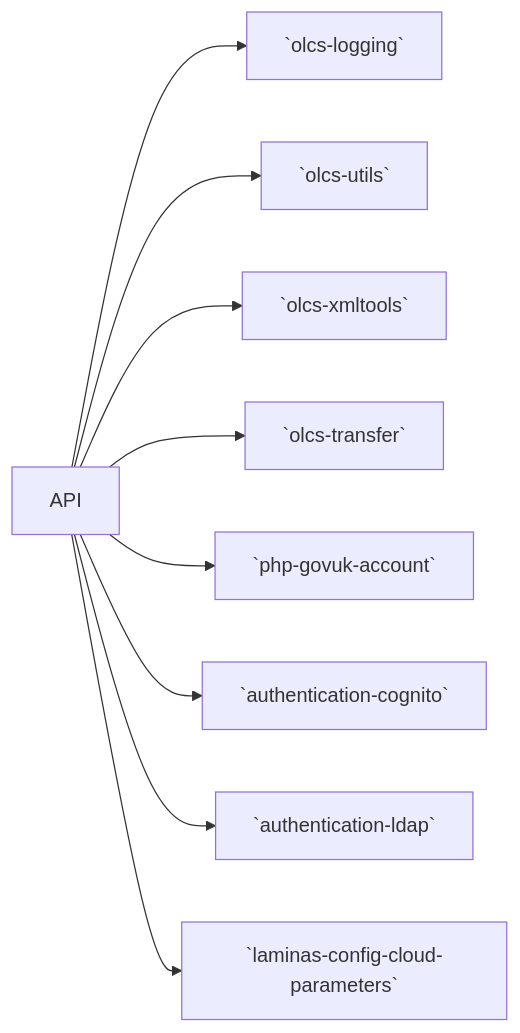
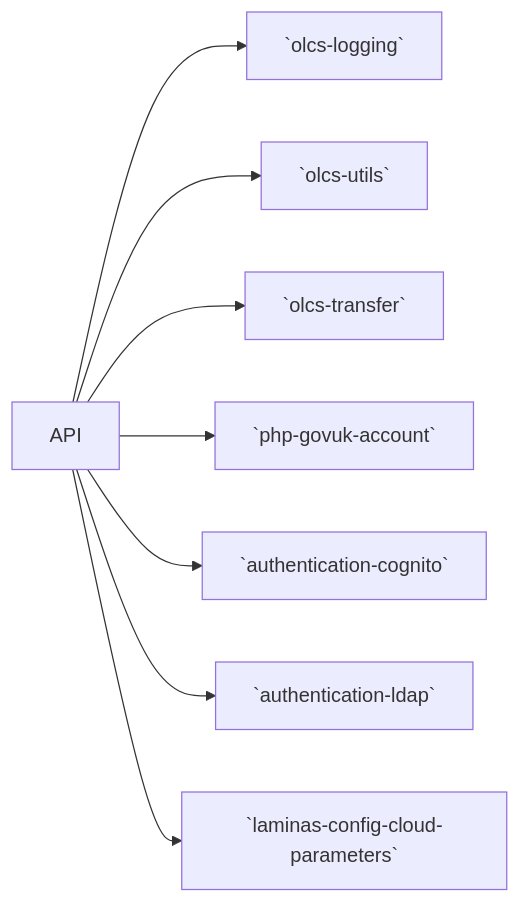
Before and after one commit to dvsa/vol-app: the first of 2 diagrams in docs/app/overview.md, drawn with Mermaid. The commit also changed other lines of this file and 2 other files, not shown here.

First line of the commit message:
docs: drop olcs-xmltools as a separate dependency

````diff
--- a/docs/app/overview.md
+++ b/docs/app/overview.md
@@ -34,13 +33,12 @@
 ```mermaid
 flowchart LR
     api["API"]
 
     api --> `olcs-logging`
     api --> `olcs-utils`
-    api --> `olcs-xmltools`
     api --> `olcs-transfer`
     api --> `php-govuk-account`
     api --> `authentication-cognito`
     api --> `authentication-ldap`
     api --> `laminas-config-cloud-parameters`
 ```
````
